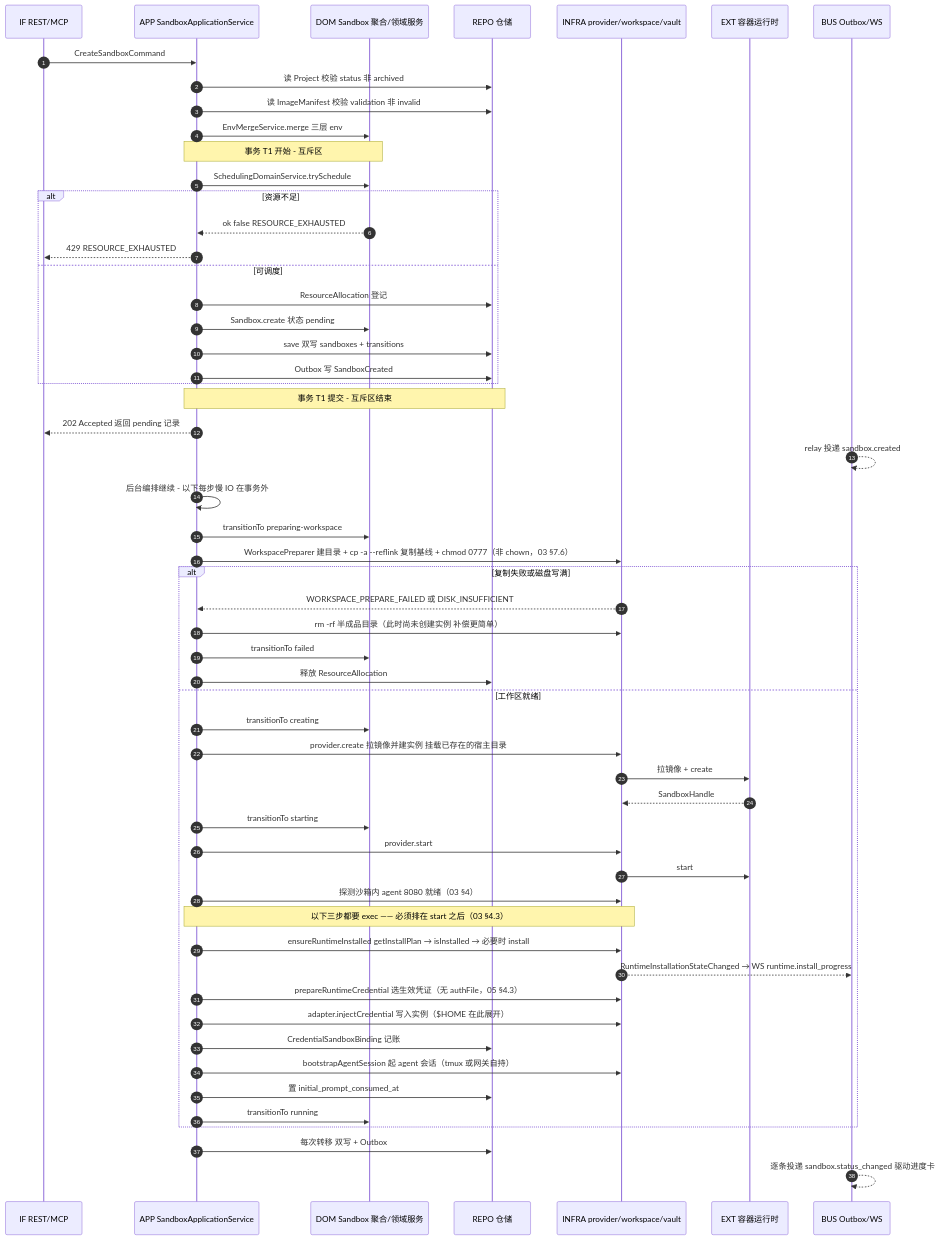
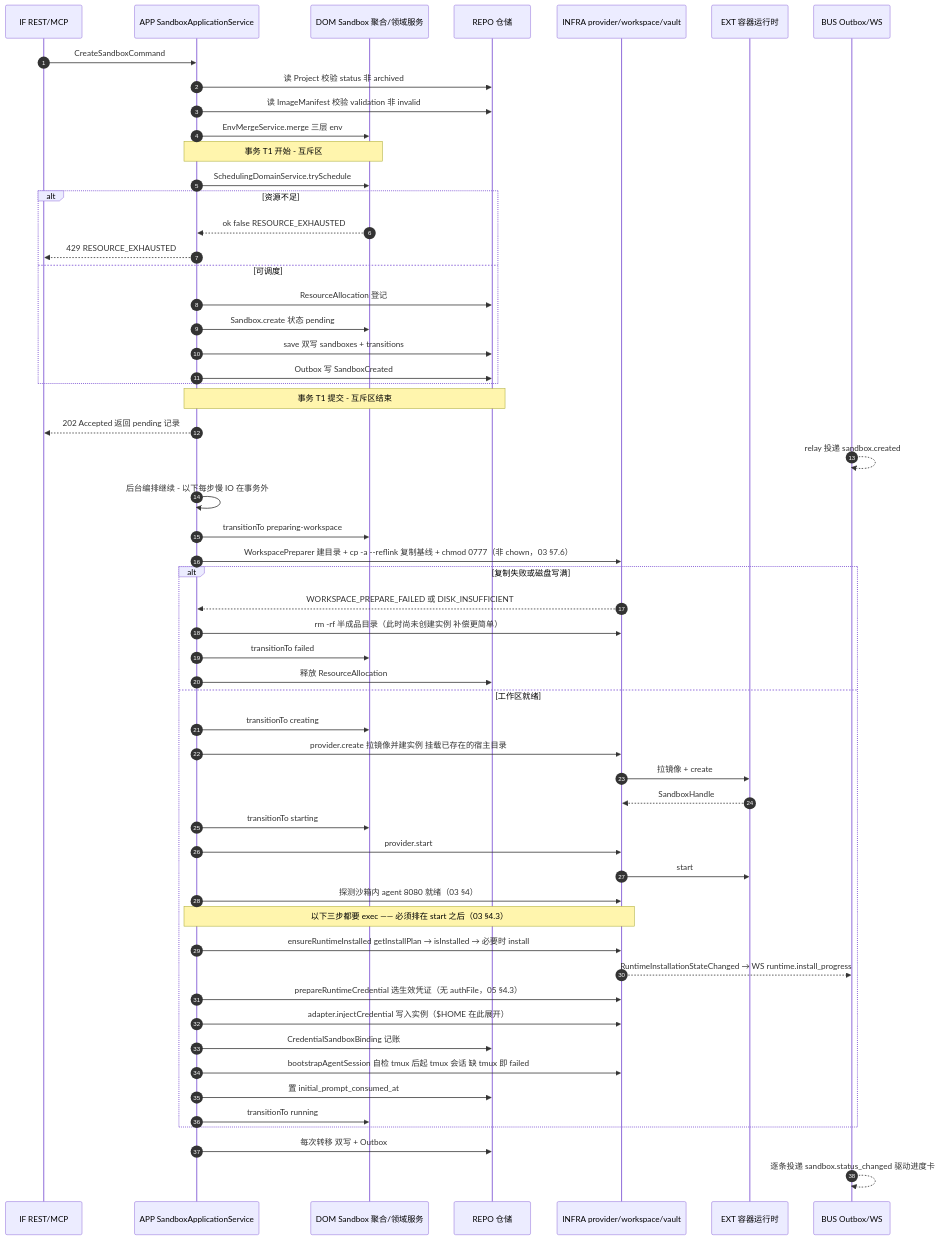
One commit to Xeonice/cloud-agent-platform-docs changed the first of 8 diagrams in docs/backend/24-产品子链路后端设计.md. Above: the diagram before and after it, drawn with Mermaid. The commit also changed other lines of this file and 21 other files, not shown here.

````diff
--- a/docs/backend/24-产品子链路后端设计.md
+++ b/docs/backend/24-产品子链路后端设计.md
@@ -46,60 +46,60 @@
 ```mermaid
 sequenceDiagram
     autonumber
     participant IF as IF REST/MCP
     participant APP as APP SandboxApplicationService
     participant DOM as DOM Sandbox 聚合/领域服务
     participant REPO as REPO 仓储
     participant INFRA as INFRA provider/workspace/vault
     participant EXT as EXT 容器运行时
     participant BUS as BUS Outbox/WS
 
     IF->>APP: CreateSandboxCommand
     APP->>REPO: 读 Project 校验 status 非 archived
     APP->>REPO: 读 ImageManifest 校验 validation 非 invalid
     APP->>DOM: EnvMergeService.merge 三层 env
     Note over APP,DOM: 事务 T1 开始 - 互斥区
     APP->>DOM: SchedulingDomainService.trySchedule
     alt 资源不足
         DOM-->>APP: ok false RESOURCE_EXHAUSTED
         APP-->>IF: 429 RESOURCE_EXHAUSTED
     else 可调度
         APP->>REPO: ResourceAllocation 登记
         APP->>DOM: Sandbox.create 状态 pending
         APP->>REPO: save 双写 sandboxes + transitions
         APP->>REPO: Outbox 写 SandboxCreated
     end
     Note over APP,REPO: 事务 T1 提交 - 互斥区结束
     APP-->>IF: 202 Accepted 返回 pending 记录
     BUS-->>BUS: relay 投递 sandbox.created
 
     APP->>APP: 后台编排继续 - 以下每步慢 IO 在事务外
     APP->>DOM: transitionTo preparing-workspace
     APP->>INFRA: WorkspacePreparer 建目录 + cp -a --reflink 复制基线 + chmod 0777（非 chown，03 §7.6）
     alt 复制失败或磁盘写满
         INFRA-->>APP: WORKSPACE_PREPARE_FAILED 或 DISK_INSUFFICIENT
         APP->>INFRA: rm -rf 半成品目录（此时尚未创建实例 补偿更简单）
         APP->>DOM: transitionTo failed
         APP->>REPO: 释放 ResourceAllocation
     else 工作区就绪
         APP->>DOM: transitionTo creating
         APP->>INFRA: provider.create 拉镜像并建实例 挂载已存在的宿主目录
         INFRA->>EXT: 拉镜像 + create
         EXT-->>INFRA: SandboxHandle
         APP->>DOM: transitionTo starting
         APP->>INFRA: provider.start
         INFRA->>EXT: start
         APP->>INFRA: 探测沙箱内 agent 8080 就绪（03 §4）
         Note over APP,INFRA: 以下三步都要 exec —— 必须排在 start 之后（03 §4.3）
         APP->>INFRA: ensureRuntimeInstalled getInstallPlan → isInstalled → 必要时 install
         INFRA-->>BUS: RuntimeInstallationStateChanged → WS runtime.install_progress
         APP->>INFRA: prepareRuntimeCredential 选生效凭证（无 authFile，05 §4.3）
         APP->>INFRA: adapter.injectCredential 写入实例（$HOME 在此展开）
         APP->>REPO: CredentialSandboxBinding 记账
-        APP->>INFRA: bootstrapAgentSession 起 agent 会话（tmux 或网关自持）
+        APP->>INFRA: bootstrapAgentSession 自检 tmux 后起 tmux 会话 缺 tmux 即 failed
         APP->>REPO: 置 initial_prompt_consumed_at
         APP->>DOM: transitionTo running
     end
     APP->>REPO: 每次转移 双写 + Outbox
     BUS-->>BUS: 逐条投递 sandbox.status_changed 驱动进度卡
 ```
````
